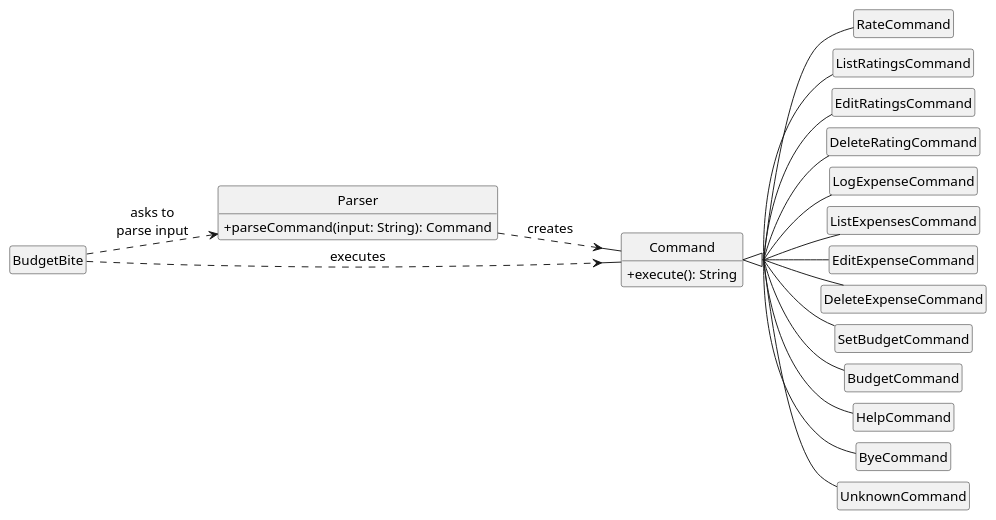
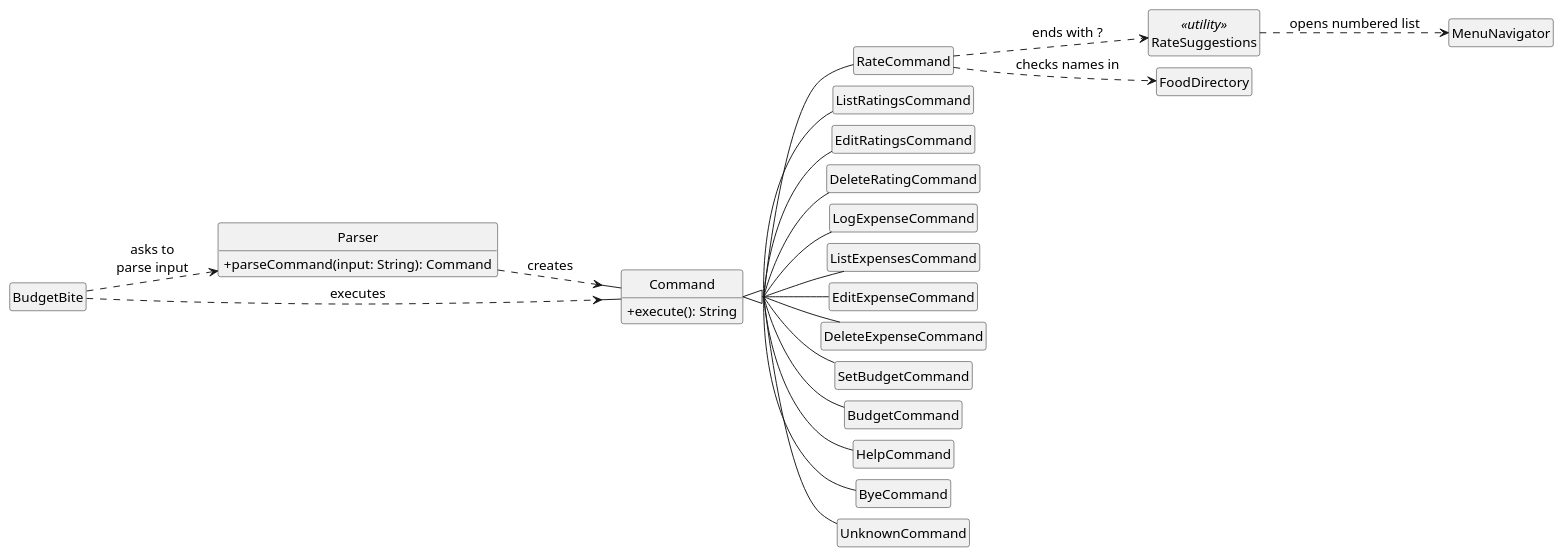
One commit to AY2627S1-CS2113-W10-3/tp changed the diagram in docs/diagrams/CommandClassDiagram.puml. Above: the diagram before and after it, drawn with PlantUML. The commit also changed 7 other files, not shown here.

First line of the commit message:
Update DG diagrams for rate ? suggestions

```diff
--- a/docs/diagrams/CommandClassDiagram.puml
+++ b/docs/diagrams/CommandClassDiagram.puml
@@ -1,38 +1,43 @@
 @startuml
 ' Parser creates one Command subclass per command word; BudgetBite then executes it.
 skinparam shadowing false
 skinparam classAttributeIconSize 0
 skinparam defaultFontSize 14
 skinparam groupInheritance 2
 skinparam nodesep 12
 skinparam ranksep 60
 hide circle
 hide empty members
 left to right direction
 
 class BudgetBite
 class Parser {
     +parseCommand(input: String): Command
 }
 class Command {
     +execute(): String
 }
 
 BudgetBite ..> Parser : asks to\nparse input
 Parser ..> Command : creates
 BudgetBite ..> Command : executes
 
 Command <|-- RateCommand
 Command <|-- ListRatingsCommand
 Command <|-- EditRatingsCommand
 Command <|-- DeleteRatingCommand
 Command <|-- LogExpenseCommand
 Command <|-- ListExpensesCommand
 Command <|-- EditExpenseCommand
 Command <|-- DeleteExpenseCommand
 Command <|-- SetBudgetCommand
 Command <|-- BudgetCommand
 Command <|-- HelpCommand
 Command <|-- ByeCommand
 Command <|-- UnknownCommand
+
+class RateSuggestions <<utility>>
+RateCommand ..> FoodDirectory : checks names in
+RateCommand ..> RateSuggestions : ends with ?
+RateSuggestions ..> MenuNavigator : opens numbered list
 @enduml
```
